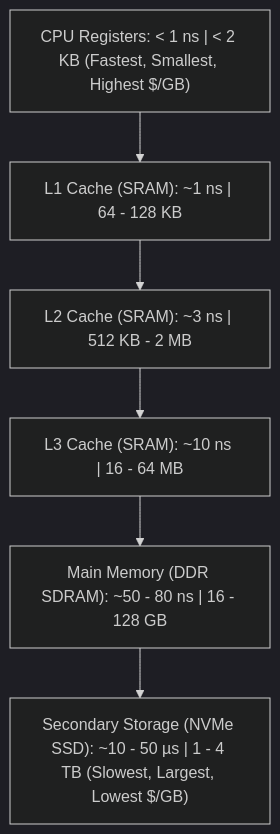
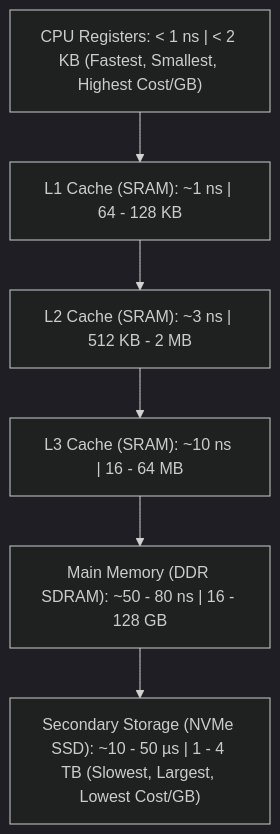
Before and after one commit to YatishGowda09/Sem-3-CSE-Notes: the sixth of 7 diagrams in DLCD/Unit 3/L09 - Semiconductor RAM Memories.md, drawn with Mermaid (dark theme). The commit also changed other lines of this file and 70 other files, not shown here.

First line of the commit message:
Fix Mermaid diagram syntax for GitHub rendering compatibility

````diff
--- a/DLCD/Unit 3/L09 - Semiconductor RAM Memories.md
+++ b/DLCD/Unit 3/L09 - Semiconductor RAM Memories.md
@@ -245,11 +245,11 @@
 ```mermaid
 flowchart TD
-    REG["CPU Registers: < 1 ns | < 2 KB (Fastest, Smallest, Highest $/GB)"]
+    REG["CPU Registers: &lt; 1 ns | &lt; 2 KB (Fastest, Smallest, Highest Cost/GB)"]
     L1["L1 Cache (SRAM): ~1 ns | 64 - 128 KB"]
     L2["L2 Cache (SRAM): ~3 ns | 512 KB - 2 MB"]
     L3["L3 Cache (SRAM): ~10 ns | 16 - 64 MB"]
     DRAM["Main Memory (DDR SDRAM): ~50 - 80 ns | 16 - 128 GB"]
-    SSD["Secondary Storage (NVMe SSD): ~10 - 50 µs | 1 - 4 TB (Slowest, Largest, Lowest $/GB)"]
+    SSD["Secondary Storage (NVMe SSD): ~10 - 50 µs | 1 - 4 TB (Slowest, Largest, Lowest Cost/GB)"]
 
     REG --> L1 --> L2 --> L3 --> DRAM --> SSD
 ```
````
